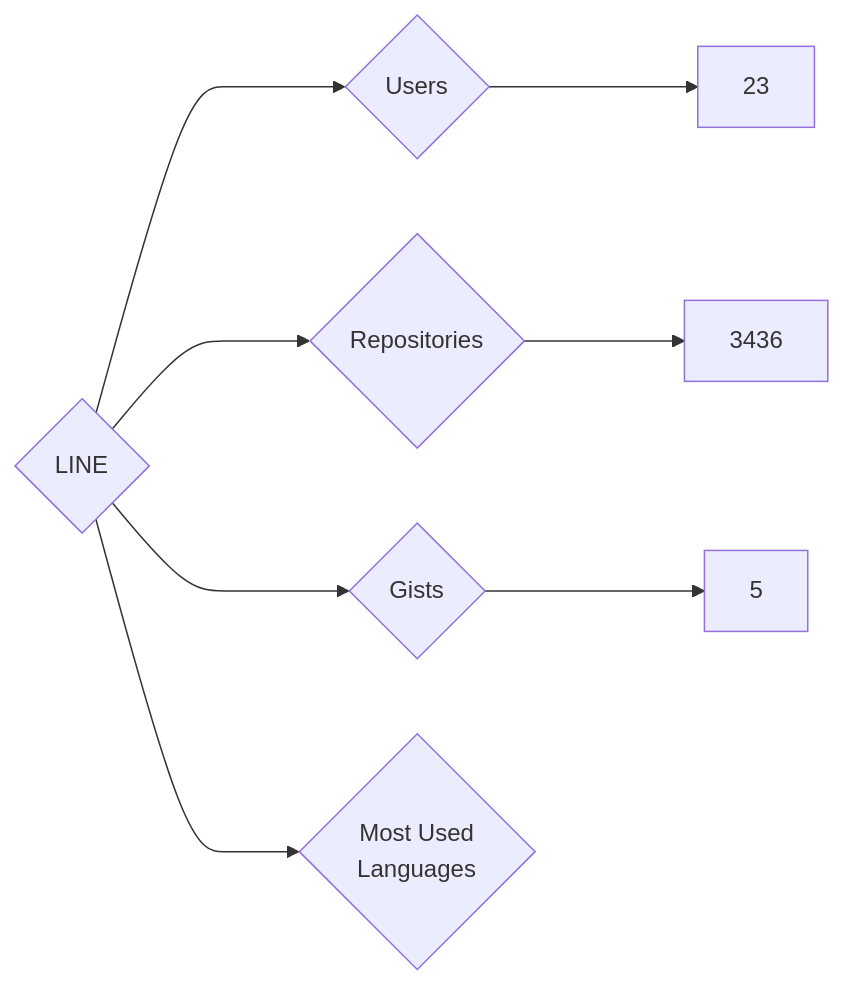
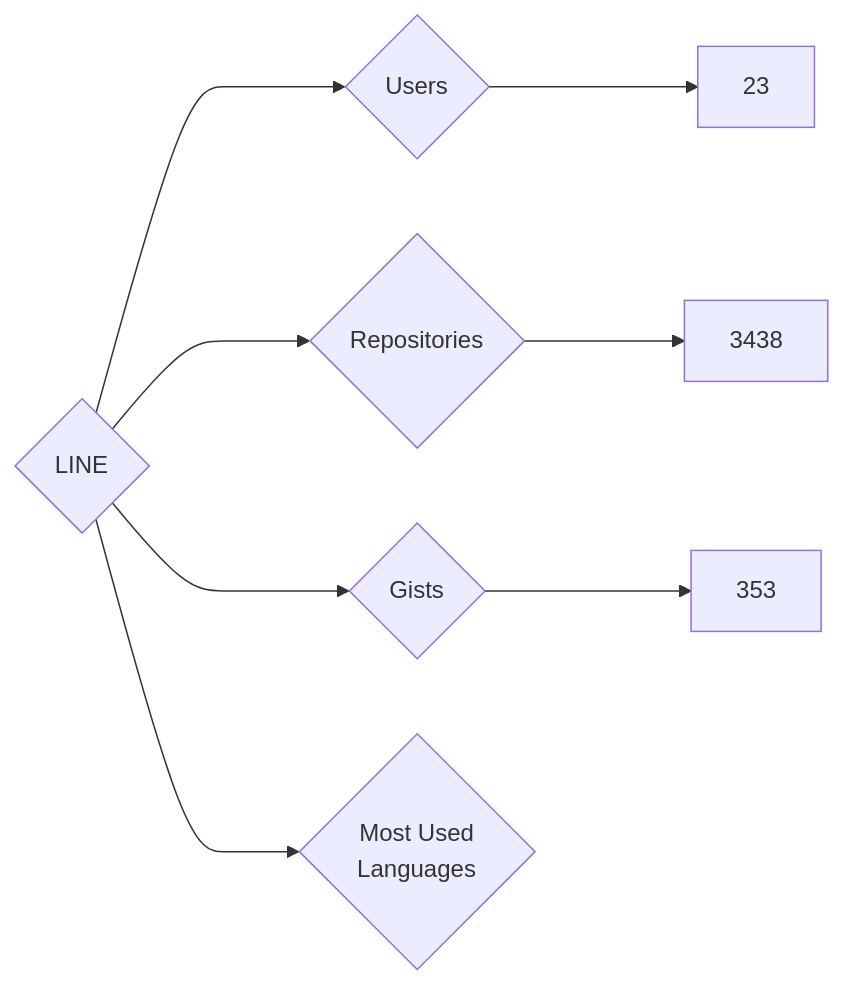
The diagram in targets/LINE/README.md (nenadzaric/insiders), drawn with Mermaid before and after one commit. The commit also changed 1342 other files, not shown here.

````diff
--- a/targets/LINE/README.md
+++ b/targets/LINE/README.md
@@ -3,8 +3,8 @@
 ```mermaid
 graph LR
 COMPANY_NAME{LINE}
 COMPANY_NAME ---> U{Users} ---> UN[23]
-COMPANY_NAME ---> R{Repositories} ---> RN[3436]
-COMPANY_NAME ---> G{Gists} ---> GN[5]
+COMPANY_NAME ---> R{Repositories} ---> RN[3438]
+COMPANY_NAME ---> G{Gists} ---> GN[353]
 COMPANY_NAME ---> ML{Most Used<br>Languages}
 ```
````
